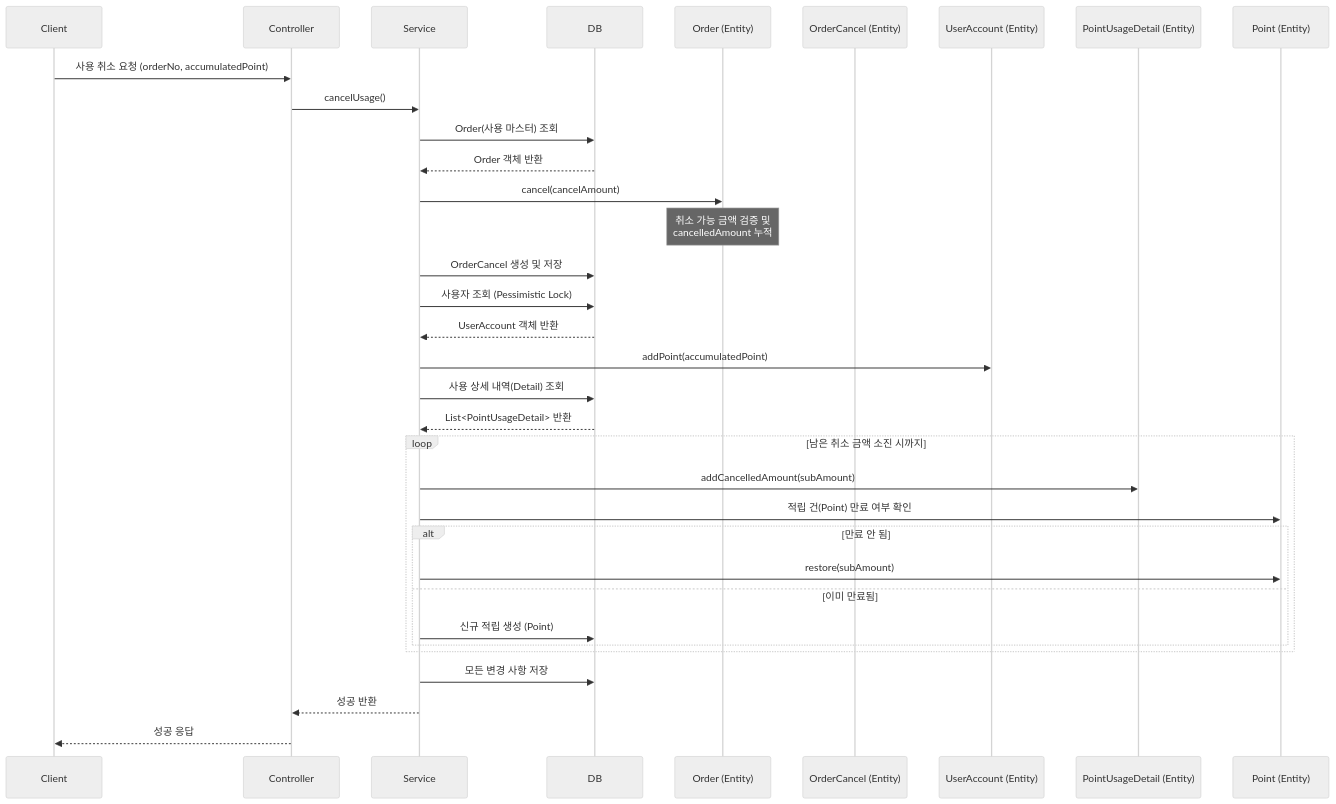
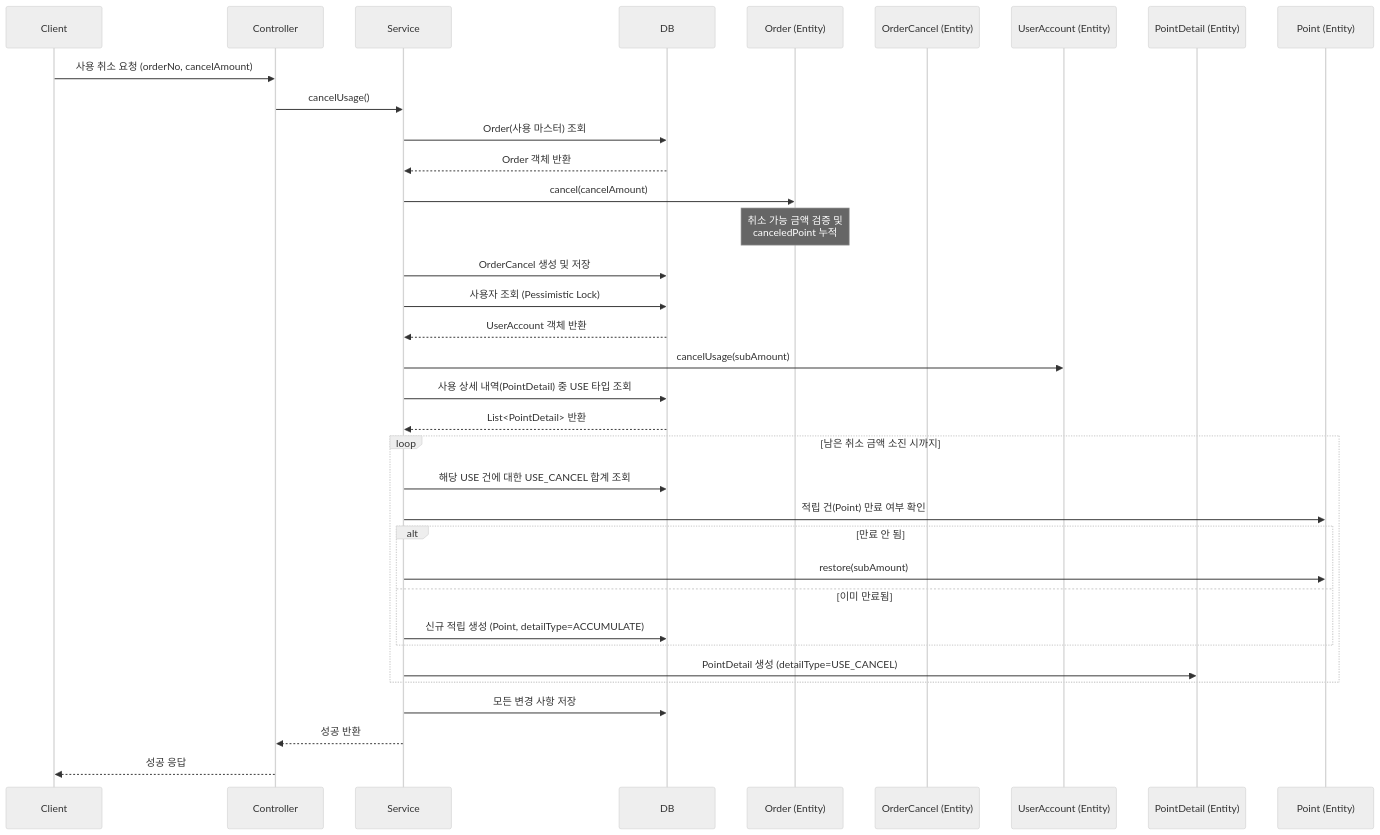
One commit to muzzaiwork/point changed the diagram in docs/api/사용 취소.md. Above: the diagram before and after it, drawn with Mermaid (neutral theme). The commit also changed other lines of this file and 25 other files, not shown here.

````diff
--- a/docs/api/사용 취소.md
+++ b/docs/api/사용 취소.md
@@ -58,42 +58,43 @@
 ```mermaid
 sequenceDiagram
     participant Client
     participant Controller
     participant Service
     participant DB
     participant OrderEntity as Order (Entity)
     participant CancelEntity as OrderCancel (Entity)
     participant UserAccountEntity as UserAccount (Entity)
-    participant DetailEntity as PointUsageDetail (Entity)
+    participant DetailEntity as PointDetail (Entity)
     participant PointEntity as Point (Entity)
 
-    Client->>Controller: 사용 취소 요청 (orderNo, accumulatedPoint)
+    Client->>Controller: 사용 취소 요청 (orderNo, cancelAmount)
     Controller->>Service: cancelUsage()
     Service->>DB: Order(사용 마스터) 조회
     DB-->>Service: Order 객체 반환
     Service->>OrderEntity: cancel(cancelAmount)
-    Note over OrderEntity: 취소 가능 금액 검증 및<br/>cancelledAmount 누적
+    Note over OrderEntity: 취소 가능 금액 검증 및<br/>canceledPoint 누적
     
     Service->>DB: OrderCancel 생성 및 저장
     
     Service->>DB: 사용자 조회 (Pessimistic Lock)
     DB-->>Service: UserAccount 객체 반환
-    Service->>UserAccountEntity: addPoint(accumulatedPoint)
+    Service->>UserAccountEntity: cancelUsage(subAmount)
     
-    Service->>DB: 사용 상세 내역(Detail) 조회
-    DB-->>Service: List<PointUsageDetail> 반환
+    Service->>DB: 사용 상세 내역(PointDetail) 중 USE 타입 조회
+    DB-->>Service: List<PointDetail> 반환
     
     loop 남은 취소 금액 소진 시까지
-        Service->>DetailEntity: addCancelledAmount(subAmount)
+        Service->>DB: 해당 USE 건에 대한 USE_CANCEL 합계 조회
         Service->>PointEntity: 적립 건(Point) 만료 여부 확인
         alt 만료 안 됨
             Service->>PointEntity: restore(subAmount)
         else 이미 만료됨
-            Service->>DB: 신규 적립 생성 (Point)
+            Service->>DB: 신규 적립 생성 (Point, detailType=ACCUMULATE)
         end
+        Service->>DetailEntity: PointDetail 생성 (detailType=USE_CANCEL)
     end
     
     Service->>DB: 모든 변경 사항 저장
     Service-->>Controller: 성공 반환
     Controller-->>Client: 성공 응답
 ```
````
